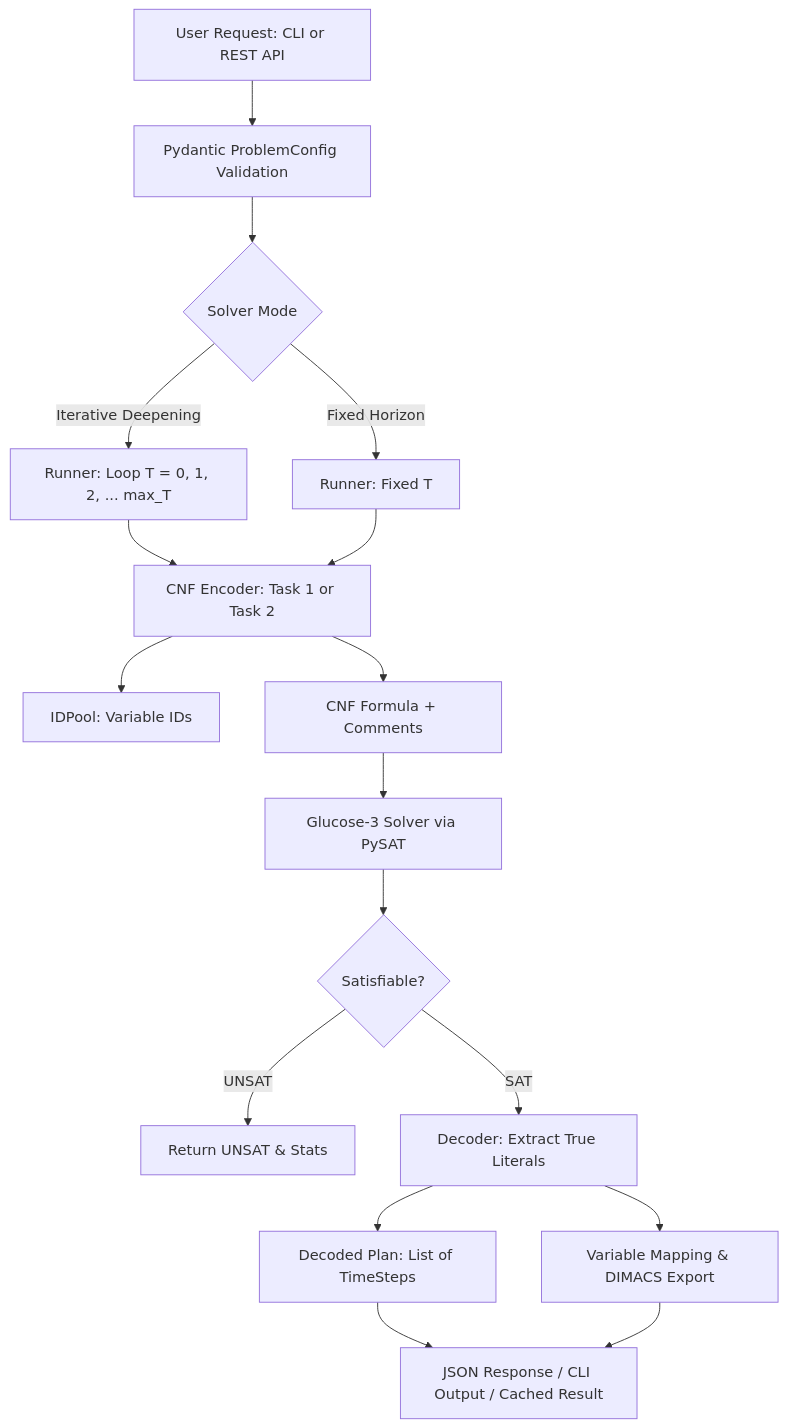
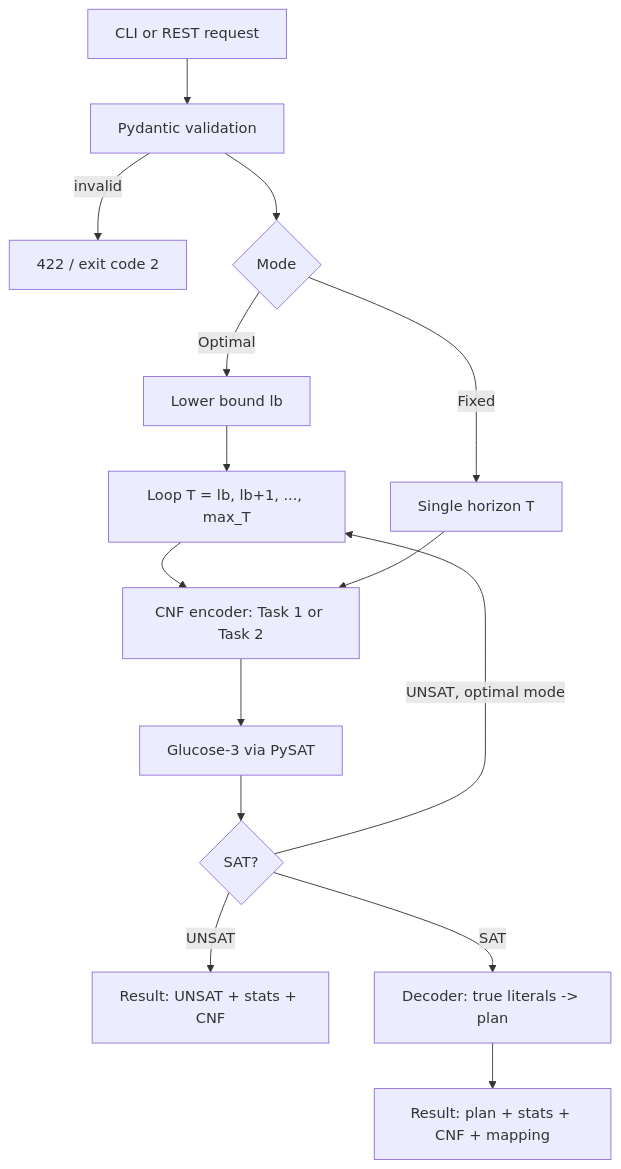
One commit to simo-macca/toc-movers-sat changed the diagram in backend/README.md. Above: the diagram before and after it, drawn with Mermaid. The commit also changed other lines of this file and 68 other files, not shown here.

````diff
--- a/backend/README.md
+++ b/backend/README.md
@@ -145,19 +97,17 @@
 ```mermaid
 flowchart TD
-    Req[User Request: CLI or REST API] --> Val[Pydantic ProblemConfig Validation]
-    Val --> Mode{Solver Mode}
-    Mode -->|Iterative Deepening| Iter[Runner: Loop T = 0, 1, 2, ... max_T]
-    Mode -->|Fixed Horizon| Fix[Runner: Fixed T]
-    Iter --> Enc[CNF Encoder: Task 1 or Task 2]
+    Req[CLI or REST request] --> Val[Pydantic validation]
+    Val -->|invalid| E422[422 / exit code 2]
+    Val --> Mode{Mode}
+    Mode -->|Optimal| LB[Lower bound lb]
+    LB --> Iter[Loop T = lb, lb+1, ..., max_T]
+    Mode -->|Fixed| Fix[Single horizon T]
+    Iter --> Enc[CNF encoder: Task 1 or Task 2]
     Fix --> Enc
-    Enc --> Pool[IDPool: Variable IDs]
-    Enc --> CNF[CNF Formula + Comments]
-    CNF --> G3[Glucose-3 Solver via PySAT]
-    G3 --> Res{Satisfiable?}
-    Res -->|UNSAT| Unsat[Return UNSAT & Stats]
-    Res -->|SAT| Dec[Decoder: Extract True Literals]
-    Dec --> Plan[Decoded Plan: List of TimeSteps]
-    Dec --> Map[Variable Mapping & DIMACS Export]
-    Plan --> Out[JSON Response / CLI Output / Cached Result]
-    Map --> Out
+    Enc --> G3[Glucose-3 via PySAT]
+    G3 --> Res{SAT?}
+    Res -->|UNSAT, optimal mode| Iter
+    Res -->|UNSAT| Unsat[Result: UNSAT + stats + CNF]
+    Res -->|SAT| Dec[Decoder: true literals -> plan]
+    Dec --> Out[Result: plan + stats + CNF + mapping]
 ```
````
